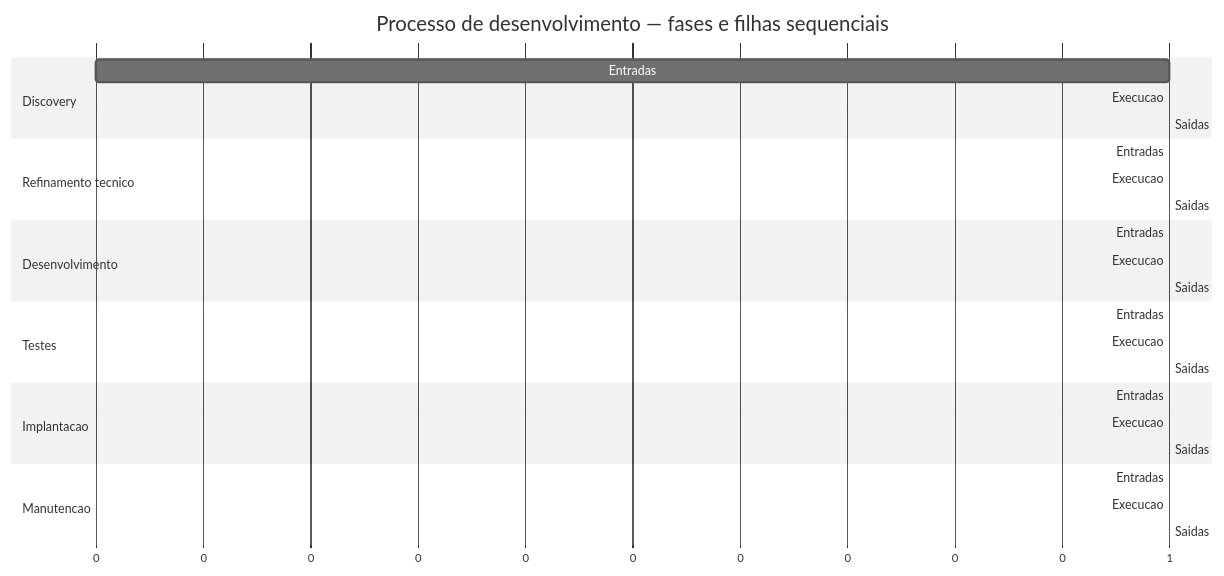
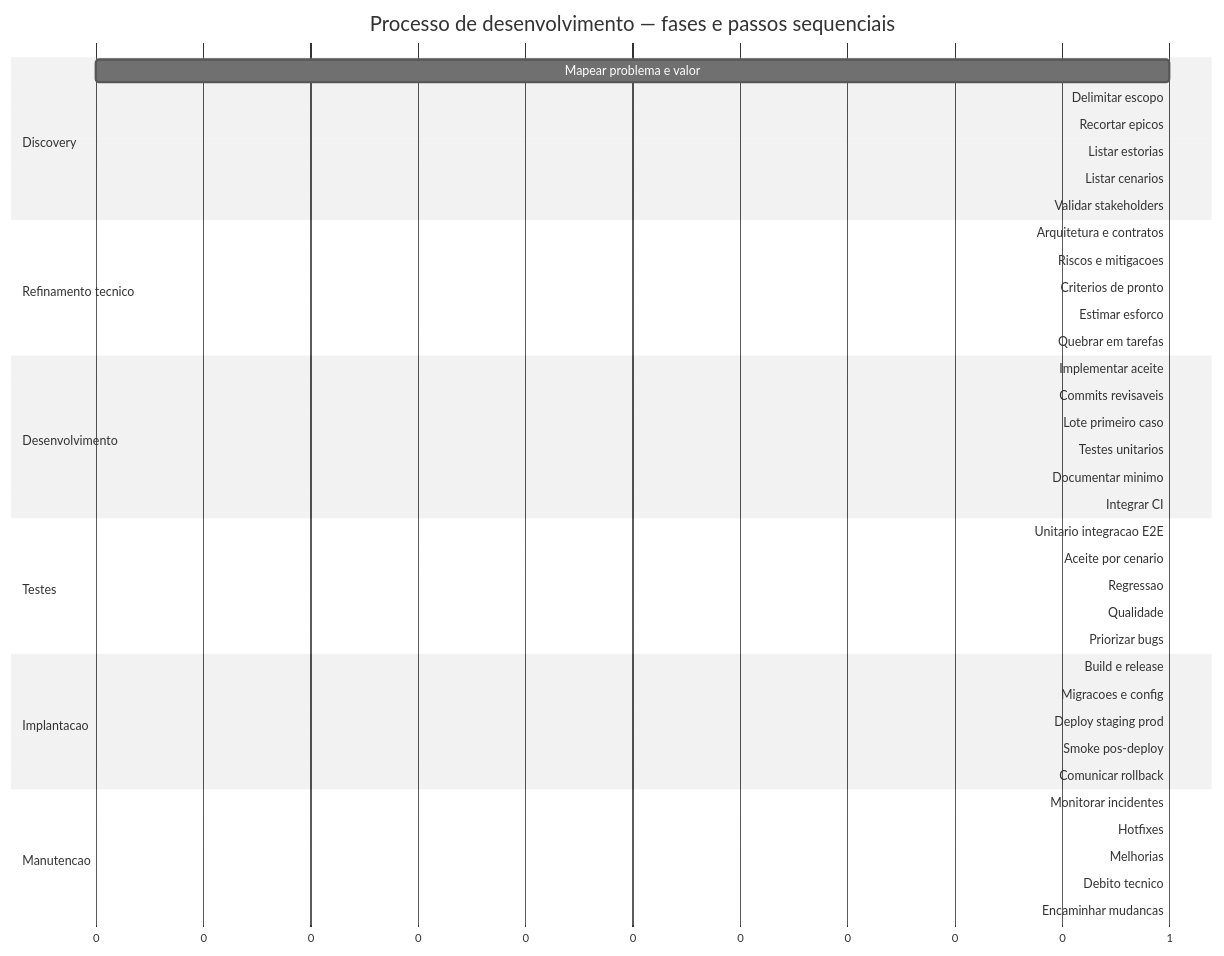
One commit to laerciogermano/workstation changed the first of 2 diagrams in core/processo/README.md. Above: the diagram before and after it, drawn with Mermaid (neutral theme). The commit also changed other lines of this file, not shown here.

Commit message:
Árvore e Gantt do processo passam a listar os passos de execução de cada fase.

````diff
--- a/core/processo/README.md
+++ b/core/processo/README.md
@@ -55,36 +69,50 @@
 ```mermaid
 gantt
-  title Processo de desenvolvimento — fases e filhas sequenciais
+  title Processo de desenvolvimento — fases e passos sequenciais
   dateFormat X
   axisFormat %s
 
   section Discovery
-  Entradas               :d1e, 0, 1
-  Execucao               :d1x, after d1e, 1
-  Saidas                 :d1s, after d1x, 1
+  Mapear problema e valor       :d1a, 0, 1
+  Delimitar escopo              :d1b, after d1a, 1
+  Recortar epicos               :d1c, after d1b, 1
+  Listar estorias               :d1d, after d1c, 1
+  Listar cenarios               :d1e, after d1d, 1
+  Validar stakeholders          :d1f, after d1e, 1
 
   section Refinamento tecnico
-  Entradas               :d2e, after d1s, 1
-  Execucao               :d2x, after d2e, 1
-  Saidas                 :d2s, after d2x, 1
+  Arquitetura e contratos       :d2a, after d1f, 1
+  Riscos e mitigacoes           :d2b, after d2a, 1
+  Criterios de pronto           :d2c, after d2b, 1
+  Estimar esforco               :d2d, after d2c, 1
+  Quebrar em tarefas            :d2e, after d2d, 1
 
   section Desenvolvimento
-  Entradas               :d3e, after d2s, 1
-  Execucao               :d3x, after d3e, 1
-  Saidas                 :d3s, after d3x, 1
+  Implementar aceite            :d3a, after d2e, 1
+  Commits revisaveis            :d3b, after d3a, 1
+  Lote primeiro caso            :d3c, after d3b, 1
+  Testes unitarios              :d3d, after d3c, 1
+  Documentar minimo             :d3e, after d3d, 1
+  Integrar CI                   :d3f, after d3e, 1
 
   section Testes
-  Entradas               :d4e, after d3s, 1
-  Execucao               :d4x, after d4e, 1
-  Saidas                 :d4s, after d4x, 1
+  Unitario integracao E2E       :d4a, after d3f, 1
+  Aceite por cenario            :d4b, after d4a, 1
+  Regressao                     :d4c, after d4b, 1
+  Qualidade                     :d4d, after d4c, 1
+  Priorizar bugs                :d4e, after d4d, 1
 
   section Implantacao
-  Entradas               :d5e, after d4s, 1
-  Execucao               :d5x, after d5e, 1
-  Saidas                 :d5s, after d5x, 1
+  Build e release               :d5a, after d4e, 1
+  Migracoes e config            :d5b, after d5a, 1
+  Deploy staging prod           :d5c, after d5b, 1
+  Smoke pos-deploy              :d5d, after d5c, 1
+  Comunicar rollback            :d5e, after d5d, 1
 
   section Manutencao
-  Entradas               :d6e, after d5s, 1
-  Execucao               :d6x, after d6e, 1
-  Saidas                 :d6s, after d6x, 1
+  Monitorar incidentes          :d6a, after d5e, 1
+  Hotfixes                      :d6b, after d6a, 1
+  Melhorias                     :d6c, after d6b, 1
+  Debito tecnico                :d6d, after d6c, 1
+  Encaminhar mudancas           :d6e, after d6d, 1
 ```
````
